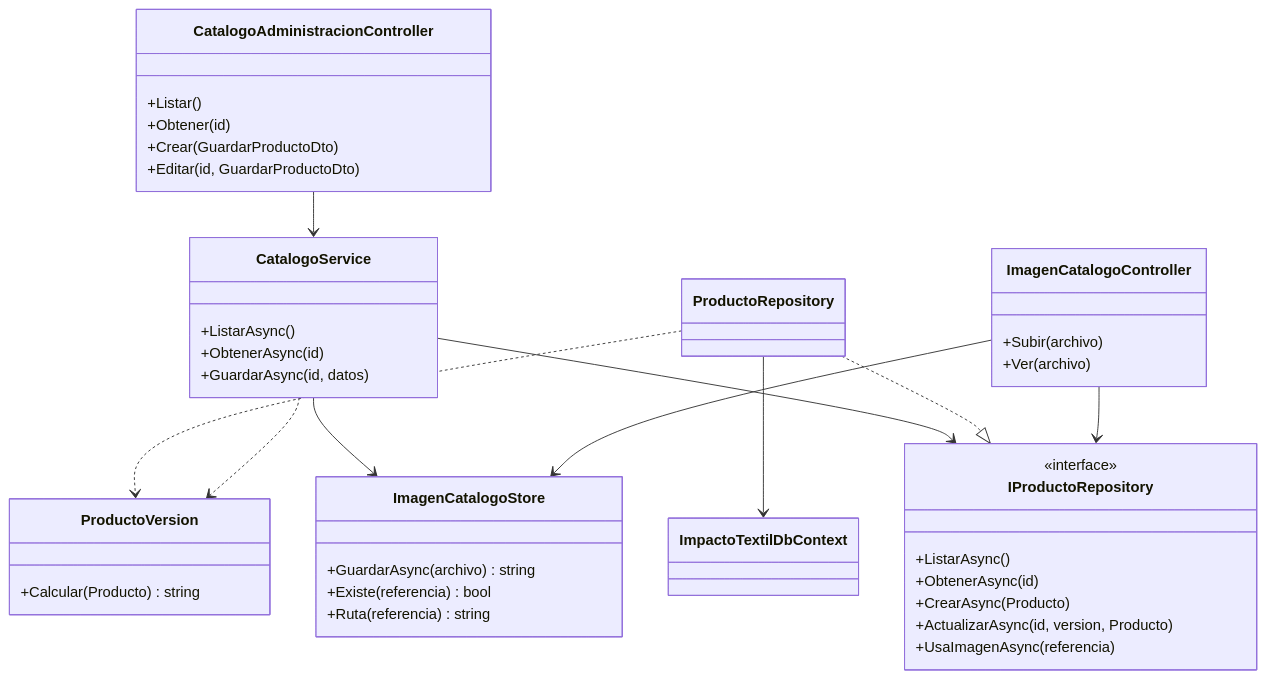
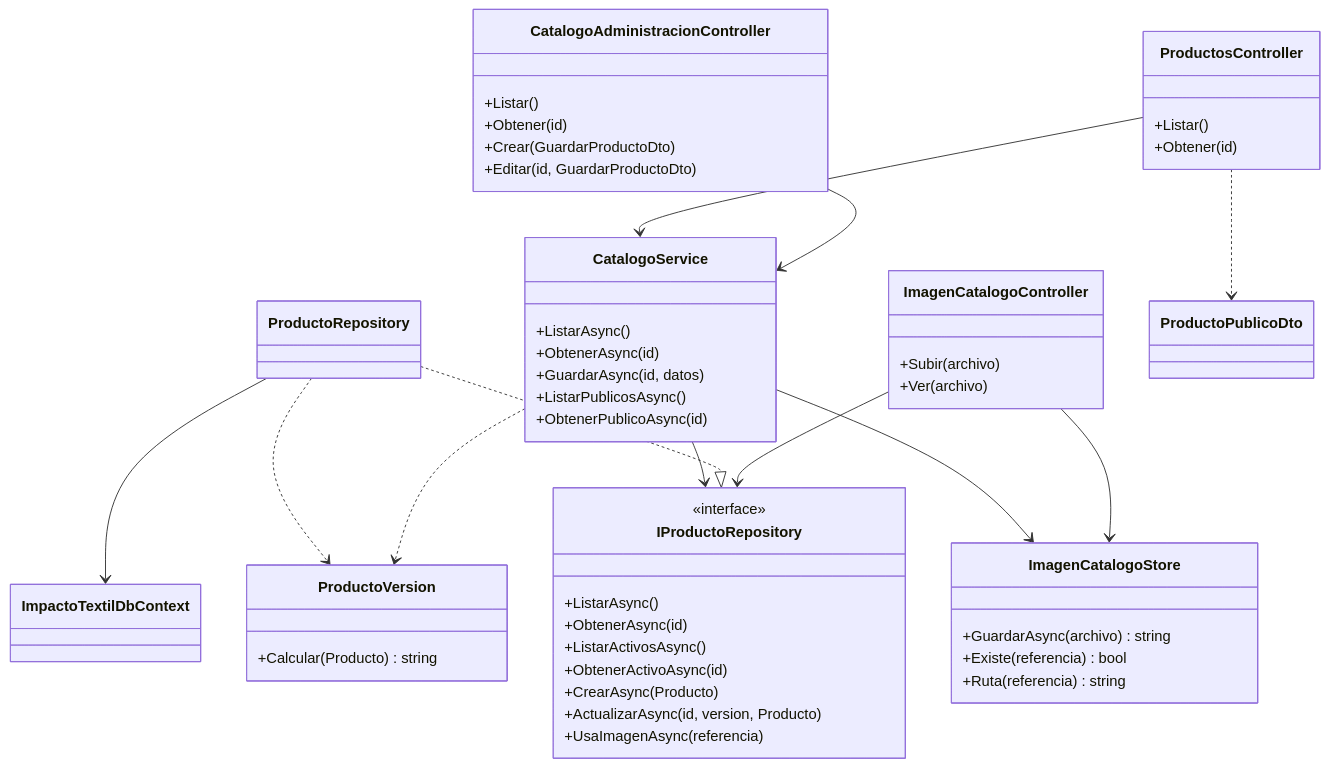
One commit to yirardyalbertoquintero-sys/Proyecto_fase_1_ing_software changed the diagram in docs/fase-3/diagramas/clases-catalogo.mmd. Above: the diagram before and after it, drawn with Mermaid. The commit also changed 26 other files, not shown here.

Commit message:
feat(CU-04): consultar catalogo publico y detalles vigentes

```diff
--- a/docs/fase-3/diagramas/clases-catalogo.mmd
+++ b/docs/fase-3/diagramas/clases-catalogo.mmd
@@ -1,42 +1,52 @@
 classDiagram
     class CatalogoAdministracionController {
         +Listar()
         +Obtener(id)
         +Crear(GuardarProductoDto)
         +Editar(id, GuardarProductoDto)
     }
     class CatalogoService {
         +ListarAsync()
         +ObtenerAsync(id)
         +GuardarAsync(id, datos)
+        +ListarPublicosAsync()
+        +ObtenerPublicoAsync(id)
     }
     class IProductoRepository {
         <<interface>>
         +ListarAsync()
         +ObtenerAsync(id)
+        +ListarActivosAsync()
+        +ObtenerActivoAsync(id)
         +CrearAsync(Producto)
         +ActualizarAsync(id, version, Producto)
         +UsaImagenAsync(referencia)
     }
     class ProductoRepository
     class ProductoVersion {
         +Calcular(Producto) string
     }
     class ImagenCatalogoController {
         +Subir(archivo)
         +Ver(archivo)
     }
     class ImagenCatalogoStore {
         +GuardarAsync(archivo) string
         +Existe(referencia) bool
         +Ruta(referencia) string
     }
+    class ProductosController {
+        +Listar()
+        +Obtener(id)
+    }
+    ProductosController --> CatalogoService
+    ProductosController ..> ProductoPublicoDto
     CatalogoAdministracionController --> CatalogoService
     CatalogoService --> IProductoRepository
     ProductoRepository ..|> IProductoRepository
     ProductoRepository --> ImpactoTextilDbContext
     ProductoRepository ..> ProductoVersion
     CatalogoService ..> ProductoVersion
     CatalogoService --> ImagenCatalogoStore
     ImagenCatalogoController --> ImagenCatalogoStore
     ImagenCatalogoController --> IProductoRepository
```
